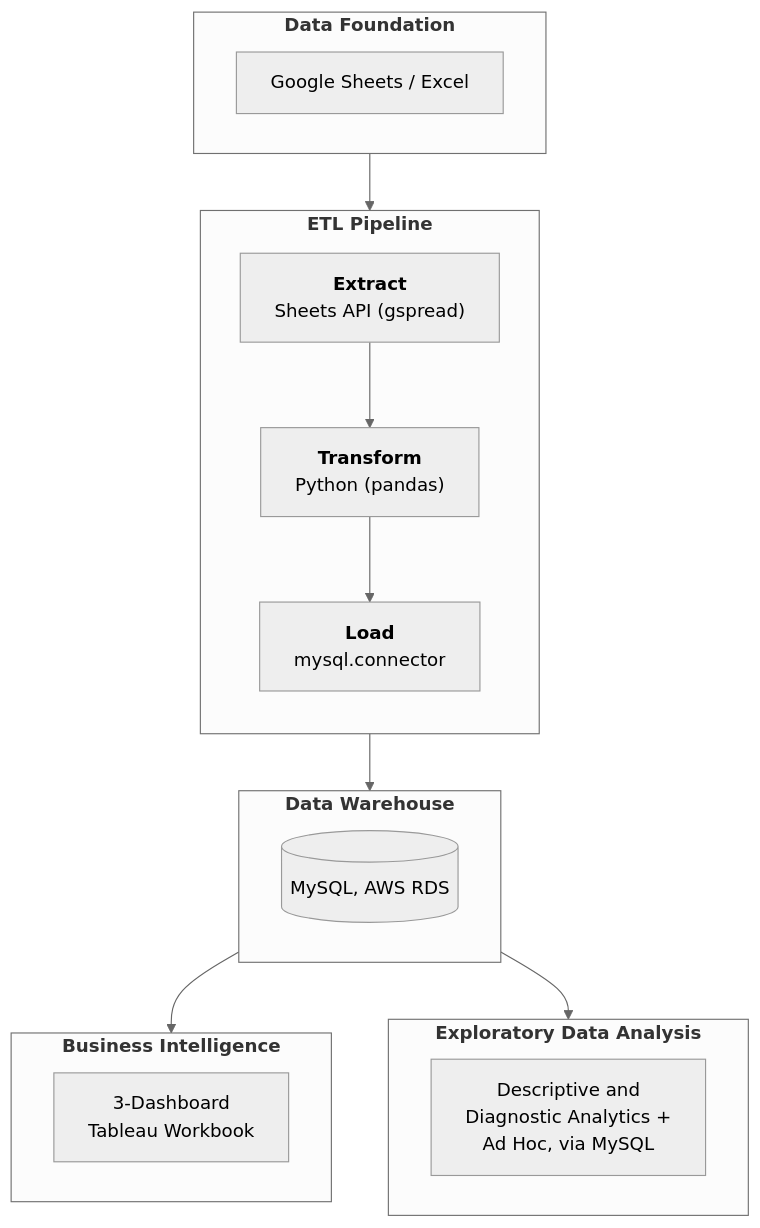
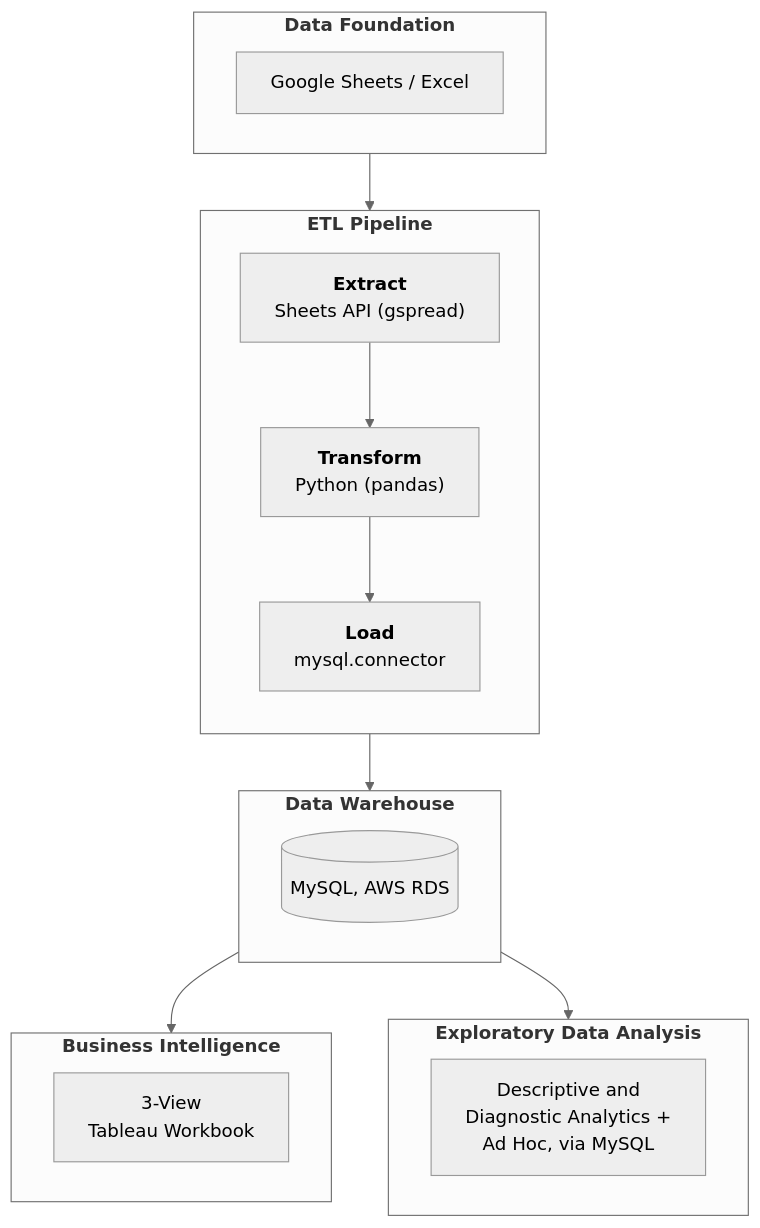
One commit to arohit-talari/lakshira-inventory-management-system changed the second of 2 diagrams in README.md. Above: the diagram before and after it, drawn with Mermaid (neutral theme). The commit also changed other lines of this file and 5 other files, not shown here.

````diff
--- a/README.md
+++ b/README.md
@@ -70,28 +70,28 @@
 ```mermaid
 flowchart TD
     subgraph DF["`**Data Foundation**`"]
         A["Google Sheets / Excel"]
     end
 
     subgraph ETL["`**ETL Pipeline**`"]
         direction TB
         X["`**Extract**<br>Sheets API (gspread)`"] --> Y["`**Transform**<br>Python (pandas)`"] --> Z["`**Load**<br>mysql.connector`"]
     end
 
     subgraph DW["`**Data Warehouse**`"]
         C[("MySQL, AWS RDS")]
     end
 
     subgraph BI["`**Business Intelligence**`"]
-        D["`3-Dashboard<br>Tableau Workbook`"]
+        D["`3-View<br>Tableau Workbook`"]
     end
 
     subgraph EDA["`**Exploratory Data Analysis**`"]
         E["`Descriptive and<br>Diagnostic Analytics +<br>Ad Hoc, via MySQL`"]
     end
 
     DF --> ETL
     ETL --> DW
     DW --> BI
     DW --> EDA
 ```
````
